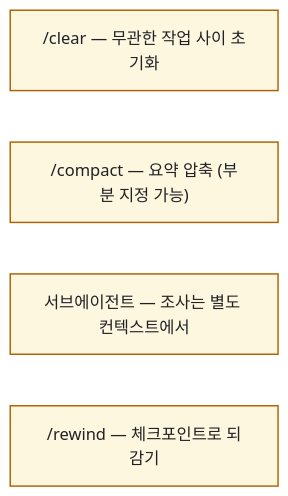
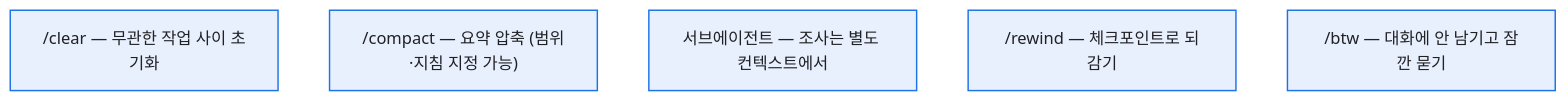
Before and after one commit to DBhyeong/DBhyeong.github.io: the fourth of 4 diagrams in content/blog/claude-md-context-optimization.md, drawn with Mermaid. The commit also changed other lines of this file and 4 other files, not shown here.

````diff
--- a/content/blog/claude-md-context-optimization.md
+++ b/content/blog/claude-md-context-optimization.md
@@ -83,8 +113,9 @@
 ```mermaid
-flowchart LR
-  classDef s fill:#fef7e0,stroke:#b06000,stroke-width:1.4px,color:#202124
+flowchart TB
+  classDef s fill:#e8f0fe,stroke:#1a73e8,stroke-width:1.4px,color:#202124
   C1["/clear — 무관한 작업 사이 초기화"]:::s
-  C2["/compact — 요약 압축 (부분 지정 가능)"]:::s
+  C2["/compact — 요약 압축 (범위·지침 지정 가능)"]:::s
   C3["서브에이전트 — 조사는 별도 컨텍스트에서"]:::s
   C4["/rewind — 체크포인트로 되감기"]:::s
+  C5["/btw — 대화에 안 남기고 잠깐 묻기"]:::s
 ```
````
